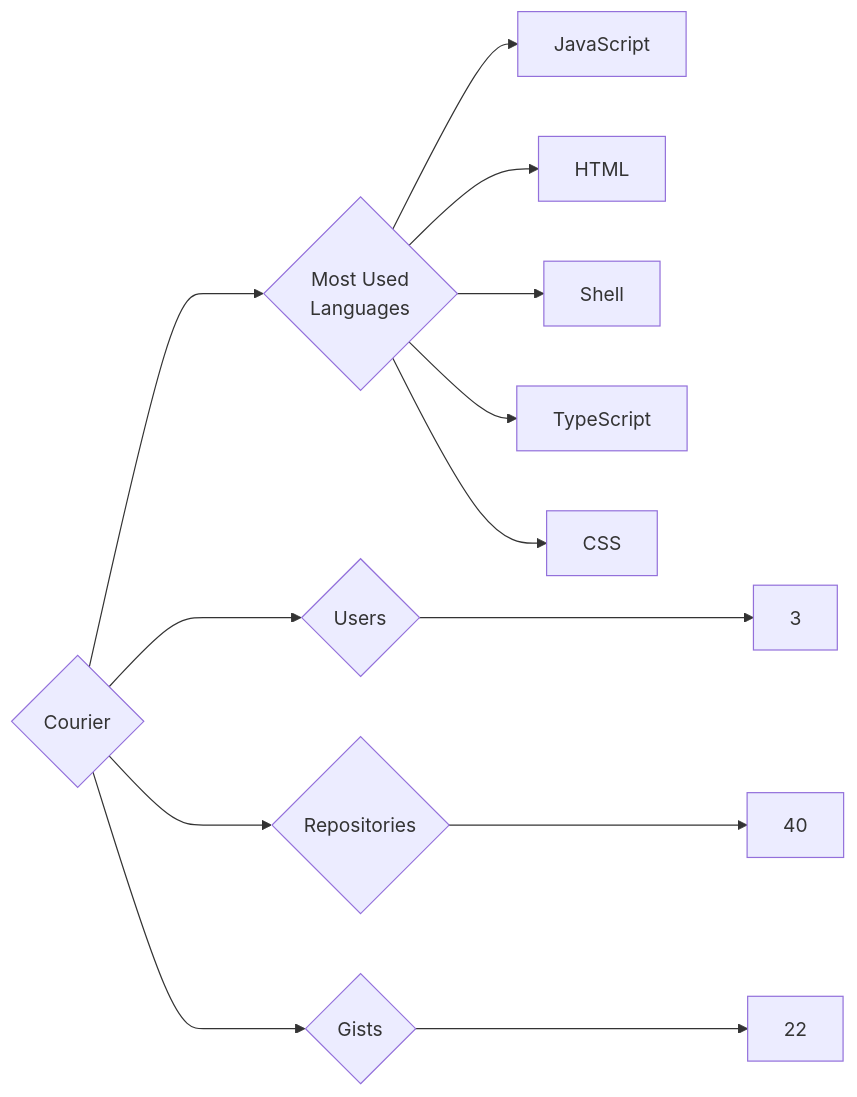
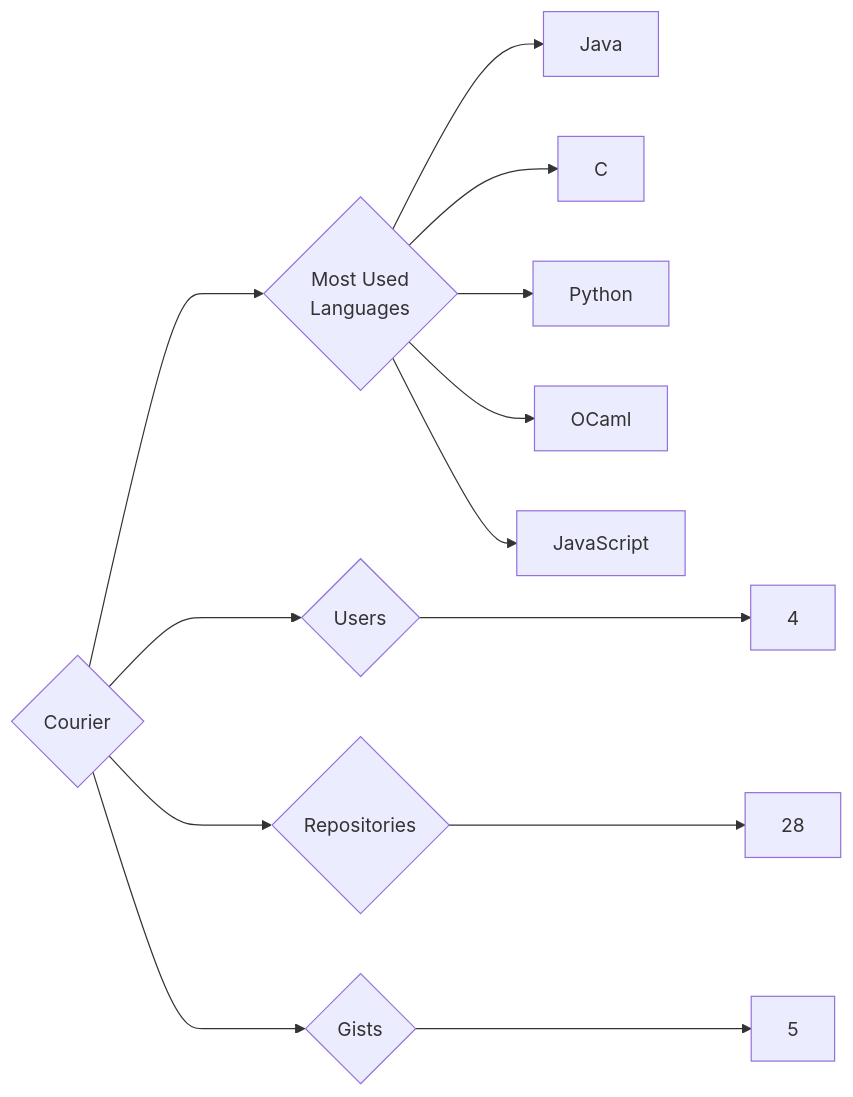
One commit to trickest/insiders changed the diagram in targets/Courier/README.md. Above: the diagram before and after it, drawn with Mermaid. The commit also changed 1149 other files, not shown here.

````diff
--- a/targets/Courier/README.md
+++ b/targets/Courier/README.md
@@ -3,13 +3,13 @@
 ```mermaid
 graph LR
 COMPANY_NAME{Courier}
-COMPANY_NAME ---> U{Users} ---> UN[3]
-COMPANY_NAME ---> R{Repositories} ---> RN[40]
-COMPANY_NAME ---> G{Gists} ---> GN[22]
+COMPANY_NAME ---> U{Users} ---> UN[4]
+COMPANY_NAME ---> R{Repositories} ---> RN[28]
+COMPANY_NAME ---> G{Gists} ---> GN[5]
 COMPANY_NAME ---> ML{Most Used<br>Languages}
+ML --> Java[Java]
+ML --> C[C]
+ML --> Python[Python]
+ML --> OCaml[OCaml]
 ML --> JavaScript[JavaScript]
-ML --> HTML[HTML]
-ML --> Shell[Shell]
-ML --> TypeScript[TypeScript]
-ML --> CSS[CSS]
 ```
````
